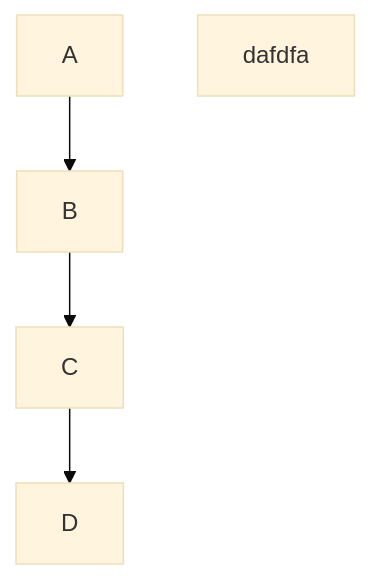
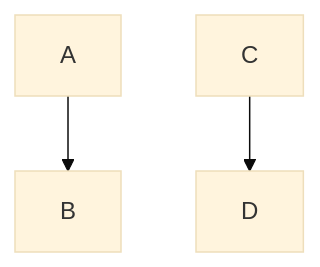
One commit to vheikkiniemi/FSO2024 changed the diagram in part0/New_note_diagram.md. Above: the diagram before and after it, drawn with Mermaid (base theme).

````diff
--- a/part0/New_note_diagram.md
+++ b/part0/New_note_diagram.md
@@ -50,7 +50,5 @@
 ```mermaid
 graph TD;
     A-->B;
-    B-->C;
-    dafdfa;
     C-->D;
 ```
````
